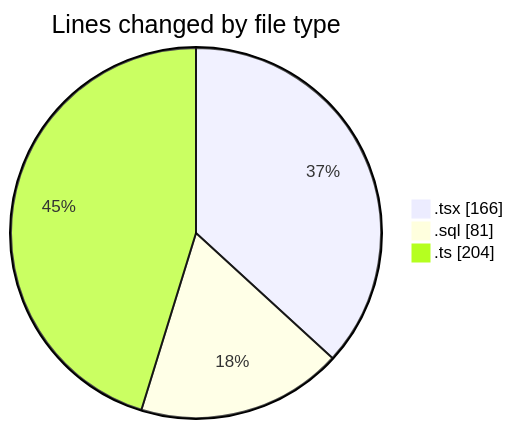
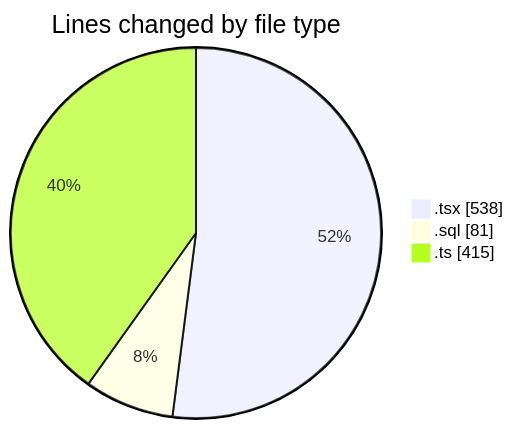
The first of 2 diagrams in 2025-09-09/hiai-phf/README.md (lephambinh05/code-tracking), drawn with Mermaid before and after one commit. The commit also changed other lines of this file and 1 other file, not shown here.

````diff
--- a/2025-09-09/hiai-phf/README.md
+++ b/2025-09-09/hiai-phf/README.md
@@ -25,7 +29,7 @@
 ```mermaid
 pie showData
 title Lines changed by file type
-".tsx" : 166
+".tsx" : 538
 ".sql" : 81
-".ts" : 204
+".ts" : 415
 ```
````
